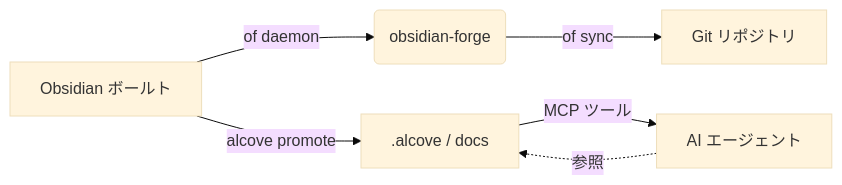
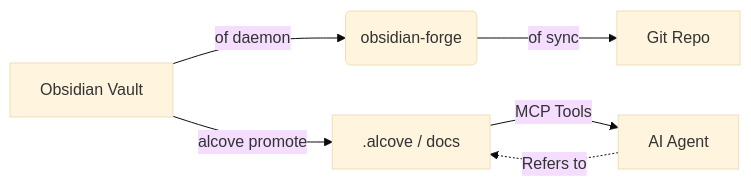
One commit to epicsagas/obsidian-forge changed the diagram in docs/README_ja.md. Above: the diagram before and after it, drawn with Mermaid (base theme). The commit also changed other lines of this file and 8 other files, not shown here.

````diff
--- a/docs/README_ja.md
+++ b/docs/README_ja.md
@@ -319,8 +326,8 @@
 ```mermaid
 graph LR
-    A[Obsidian ボールト] -->|of daemon| B(obsidian-forge)
-    B -->|of sync| C[Git リポジトリ]
+    A[Obsidian Vault] -->|of daemon| B(obsidian-forge)
+    B -->|of sync| C[Git Repo]
     A -->|alcove promote| D[.alcove / docs]
-    D -->|MCP ツール| E[AI エージェント]
-    E -.->|参照| D
+    D -->|MCP Tools| E[AI Agent]
+    E -.->|Refers to| D
 ```
````
